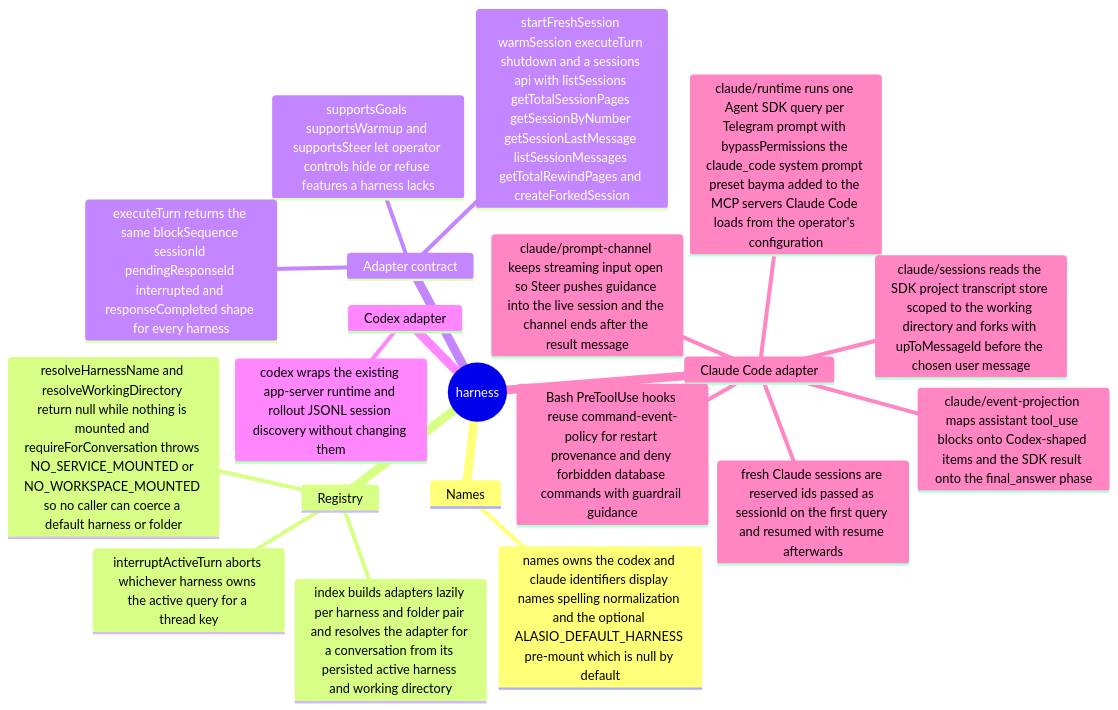
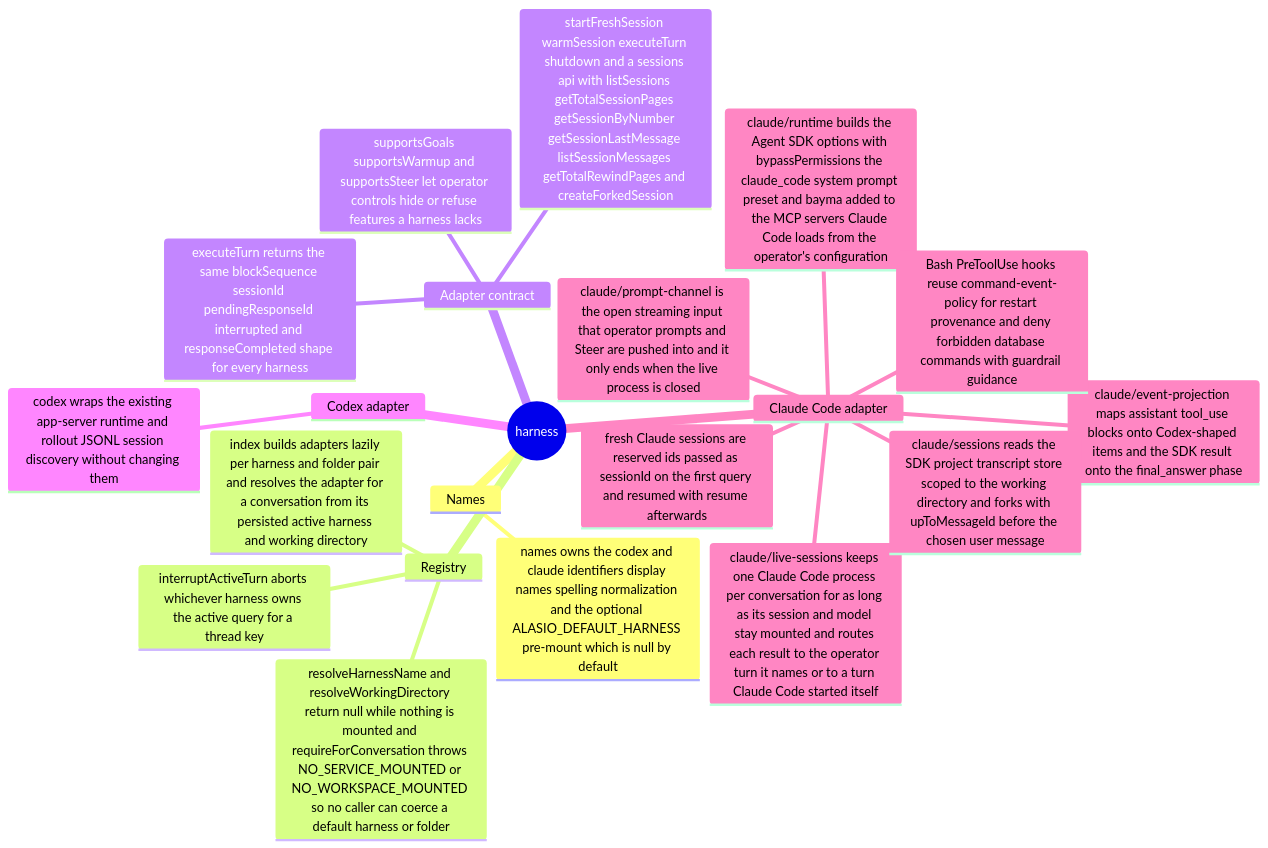
One commit to eaucoin/alasio changed the first of 3 diagrams in src/harness/README.md. Above: the diagram before and after it, drawn with Mermaid. The commit also changed 6 other files, not shown here.

````diff
--- a/src/harness/README.md
+++ b/src/harness/README.md
@@ -2,23 +2,24 @@
 ```mermaid
 mindmap
   root((harness))
     Names
       names owns the codex and claude identifiers display names spelling normalization and the optional ALASIO_DEFAULT_HARNESS pre-mount which is null by default
     Registry
       index builds adapters lazily per harness and folder pair and resolves the adapter for a conversation from its persisted active harness and working directory
       resolveHarnessName and resolveWorkingDirectory return null while nothing is mounted and requireForConversation throws NO_SERVICE_MOUNTED or NO_WORKSPACE_MOUNTED so no caller can coerce a default harness or folder
       interruptActiveTurn aborts whichever harness owns the active query for a thread key
     Adapter contract
       startFreshSession warmSession executeTurn shutdown and a sessions api with listSessions getTotalSessionPages getSessionByNumber getSessionLastMessage listSessionMessages getTotalRewindPages and createForkedSession
       supportsGoals supportsWarmup and supportsSteer let operator controls hide or refuse features a harness lacks
       executeTurn returns the same blockSequence sessionId pendingResponseId interrupted and responseCompleted shape for every harness
     Codex adapter
       codex wraps the existing app-server runtime and rollout JSONL session discovery without changing them
     Claude Code adapter
-      claude/runtime runs one Agent SDK query per Telegram prompt with bypassPermissions the claude_code system prompt preset bayma added to the MCP servers Claude Code loads from the operator's configuration
-      claude/prompt-channel keeps streaming input open so Steer pushes guidance into the live session and the channel ends after the result message
+      claude/runtime builds the Agent SDK options with bypassPermissions the claude_code system prompt preset and bayma added to the MCP servers Claude Code loads from the operator's configuration
+      claude/live-sessions keeps one Claude Code process per conversation for as long as its session and model stay mounted and routes each result to the operator turn it names or to a turn Claude Code started itself
+      claude/prompt-channel is the open streaming input that operator prompts and Steer are pushed into and it only ends when the live process is closed
       claude/event-projection maps assistant tool_use blocks onto Codex-shaped items and the SDK result onto the final_answer phase
       claude/sessions reads the SDK project transcript store scoped to the working directory and forks with upToMessageId before the chosen user message
       fresh Claude sessions are reserved ids passed as sessionId on the first query and resumed with resume afterwards
       Bash PreToolUse hooks reuse command-event-policy for restart provenance and deny forbidden database commands with guardrail guidance
 ```
````
